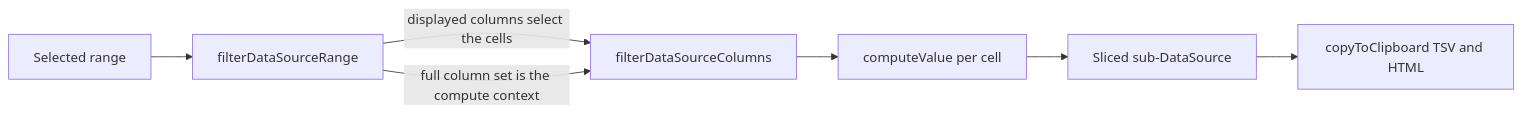
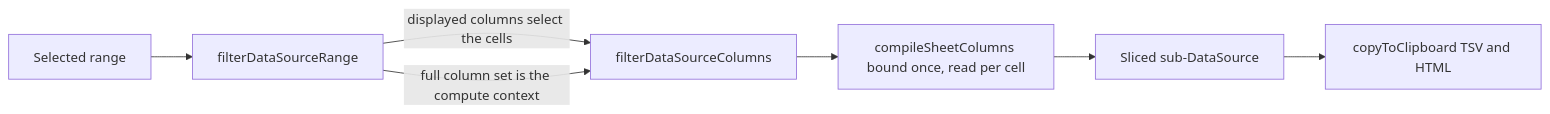
Before and after one commit to Esposter/Esposter: the diagram in openspec/specs/resource/sheet/copy-computed-values/design.md, drawn with Mermaid. The commit also changed other lines of this file and 3 other files, not shown here.

First line of the commit message:
docs(computed-columns): the sheet compiles, binds and reads its computed columns

````diff
--- a/openspec/specs/resource/sheet/copy-computed-values/design.md
+++ b/openspec/specs/resource/sheet/copy-computed-values/design.md
@@ -15,9 +15,9 @@
 ```mermaid
 flowchart LR
   R[Selected range] --> D[filterDataSourceRange]
   D -- "displayed columns select the cells" --> F[filterDataSourceColumns]
   D -- "full column set is the compute context" --> F
-  F --> C[computeValue per cell]
+  F --> C[compileSheetColumns bound once, read per cell]
   C --> S[Sliced sub-DataSource]
   S --> CB[copyToClipboard TSV and HTML]
 ```
````
